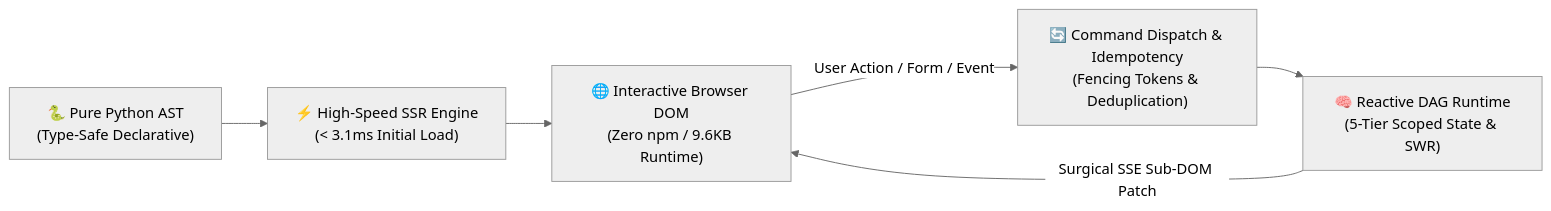
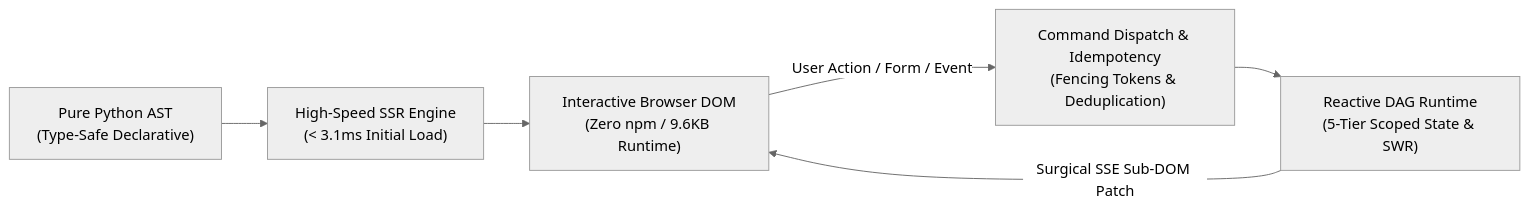
The first of 3 diagrams in README.md (flux-py/radui), drawn with Mermaid (neutral theme) before and after one commit. The commit also changed other lines of this file, not shown here.

````diff
--- a/README.md
+++ b/README.md
@@ -58,8 +58,8 @@
 ```mermaid
 flowchart LR
-    A["🐍 Pure Python AST<br>(Type-Safe Declarative)"] --> B["⚡ High-Speed SSR Engine<br>(< 3.1ms Initial Load)"]
-    B --> C["🌐 Interactive Browser DOM<br>(Zero npm / 9.6KB Runtime)"]
-    C -- "User Action / Form / Event" --> D["🔄 Command Dispatch & Idempotency<br>(Fencing Tokens & Deduplication)"]
-    D --> E["🧠 Reactive DAG Runtime<br>(5-Tier Scoped State & SWR)"]
+    A["Pure Python AST<br>(Type-Safe Declarative)"] --> B["High-Speed SSR Engine<br>(< 3.1ms Initial Load)"]
+    B --> C["Interactive Browser DOM<br>(Zero npm / 9.6KB Runtime)"]
+    C -- "User Action / Form / Event" --> D["Command Dispatch & Idempotency<br>(Fencing Tokens & Deduplication)"]
+    D --> E["Reactive DAG Runtime<br>(5-Tier Scoped State & SWR)"]
     E -- "Surgical SSE Sub-DOM Patch" --> C
 ```
````
